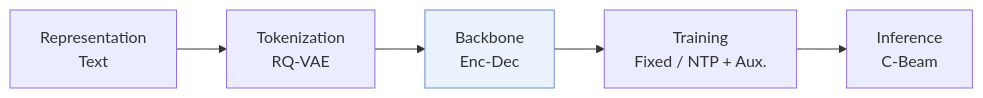
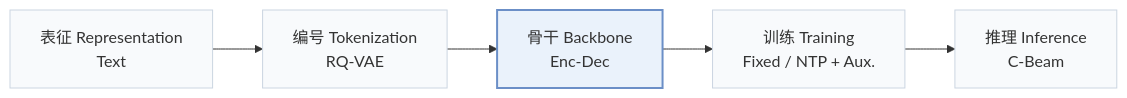
Before and after one commit to Galaxy-ghost/Awesome-SID-Generative-Rec: the first of 2 diagrams in pages/zh/papers/fedcgr.md, drawn with Mermaid. The commit also changed other lines of this file and 649 other files, not shown here.

Commit message:
writer-05: also tags and modality index (schema, check, build, visuals); summary field removed; calibration data for 12 papers

````diff
--- a/pages/zh/papers/fedcgr.md
+++ b/pages/zh/papers/fedcgr.md
@@ -13,6 +15,8 @@
 ```mermaid
 flowchart LR
-    R["Representation<br/>Text"] --> T["Tokenization<br/>RQ-VAE"] --> B["Backbone<br/>Enc-Dec"] --> TR["Training<br/>Fixed / NTP + Aux."] --> I["Inference<br/>C-Beam"]
-    classDef main fill:#eaf2fb,stroke:#6b8fc7
+    R["表征 Representation<br/>Text"] --> T["编号 Tokenization<br/>RQ-VAE"] --> B["骨干 Backbone<br/>Enc-Dec"] --> TR["训练 Training<br/>Fixed / NTP + Aux."] --> I["推理 Inference<br/>C-Beam"]
+    classDef base fill:#f8fafc,stroke:#cbd5e1
+    class R,T,B,TR,I base
+    classDef main fill:#eaf2fb,stroke:#6b8fc7,stroke-width:2px
     class B main
 ```
````
